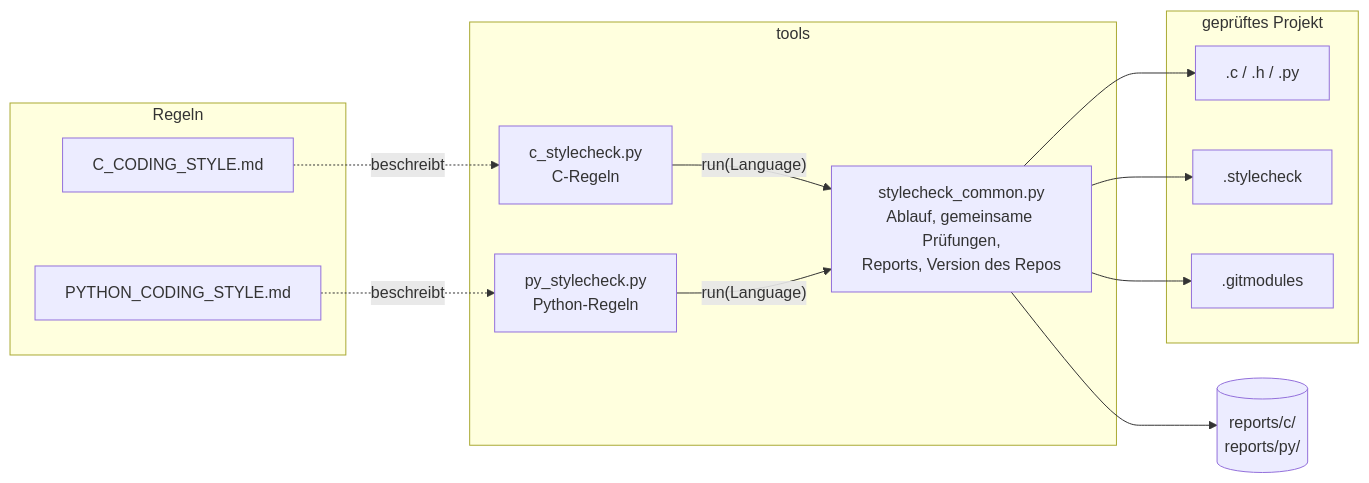
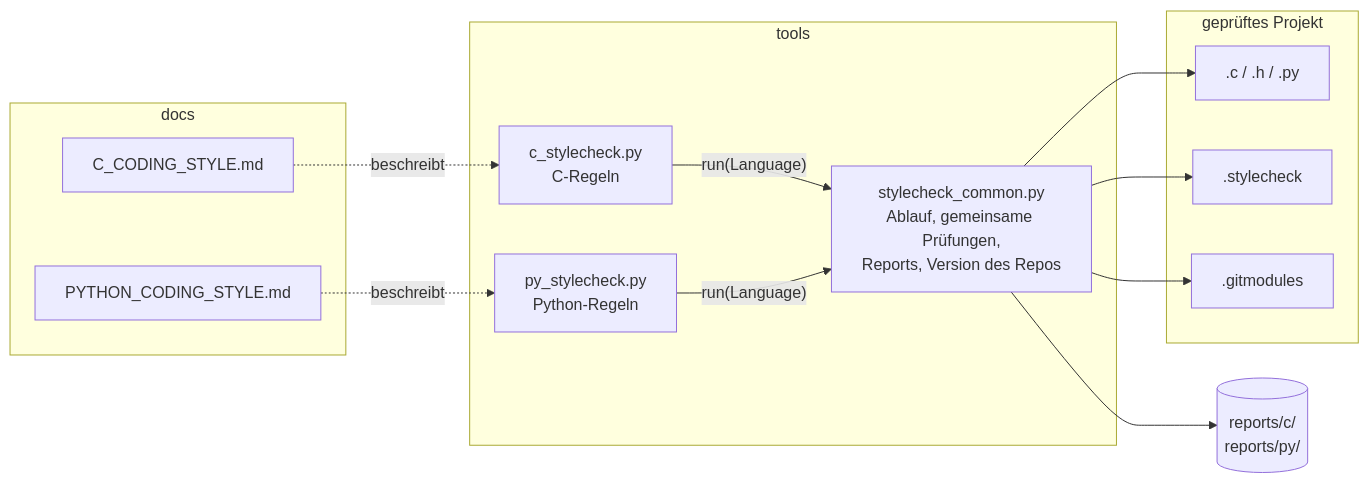
The first of 2 diagrams in ARCHITECTURE.md (Diveturtle93/Coding_Styleguide), drawn with Mermaid before and after one commit. The commit also changed other lines of this file and 9 other files, not shown here.

````diff
--- a/ARCHITECTURE.md
+++ b/ARCHITECTURE.md
@@ -7,27 +7,27 @@
 ```mermaid
 flowchart LR
-    subgraph Regeln
+    subgraph Regeln[docs]
         CS[C_CODING_STYLE.md]
         PS[PYTHON_CODING_STYLE.md]
     end
     subgraph tools
         C[c_stylecheck.py<br/>C-Regeln]
         P[py_stylecheck.py<br/>Python-Regeln]
         K[stylecheck_common.py<br/>Ablauf, gemeinsame Prüfungen,<br/>Reports, Version des Repos]
     end
     subgraph Projekt[geprüftes Projekt]
         SRC[.c / .h / .py]
         CFG[.stylecheck]
         GM[.gitmodules]
     end
     R[(reports/c/<br/>reports/py/)]
 
     CS -. beschreibt .-> C
     PS -. beschreibt .-> P
     C -- "run(Language)" --> K
     P -- "run(Language)" --> K
     K --> SRC
     K --> CFG
     K --> GM
     K --> R
 ```
````
